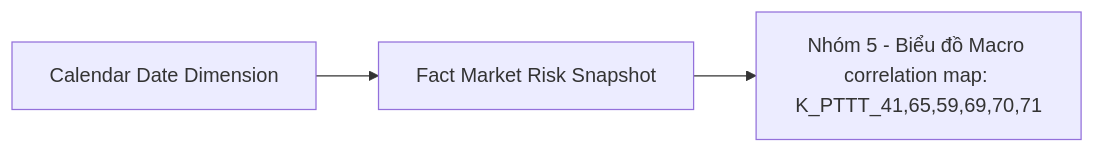
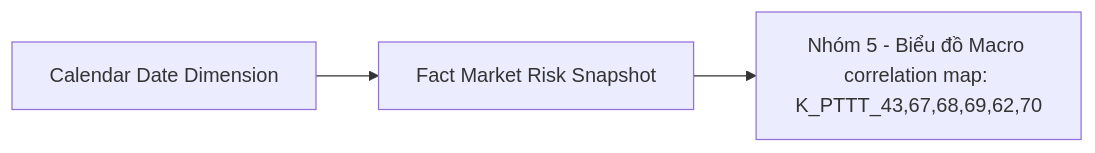
Diagram 18 of 55 in Datamart/hld/DTM_PTTT_HLD.md (linhlvit/ubck_atomic_design), drawn with Mermaid before and after one commit. The commit also changed other lines of this file and 70 other files, not shown here.

````diff
--- a/Datamart/hld/DTM_PTTT_HLD.md
+++ b/Datamart/hld/DTM_PTTT_HLD.md
@@ -806,5 +806,5 @@
 ```mermaid
 flowchart LR
-    fct_mkt_rsk_snpst["Fact Market Risk Snapshot"] --> rpt_nhom5["Nhóm 5 - Biểu đồ Macro correlation map: K_PTTT_41,65,59,69,70,71"]
+    fct_mkt_rsk_snpst["Fact Market Risk Snapshot"] --> rpt_nhom5["Nhóm 5 - Biểu đồ Macro correlation map: K_PTTT_43,67,68,69,62,70"]
     cdr_dt_dim["Calendar Date Dimension"] --> fct_mkt_rsk_snpst
 ```
````
